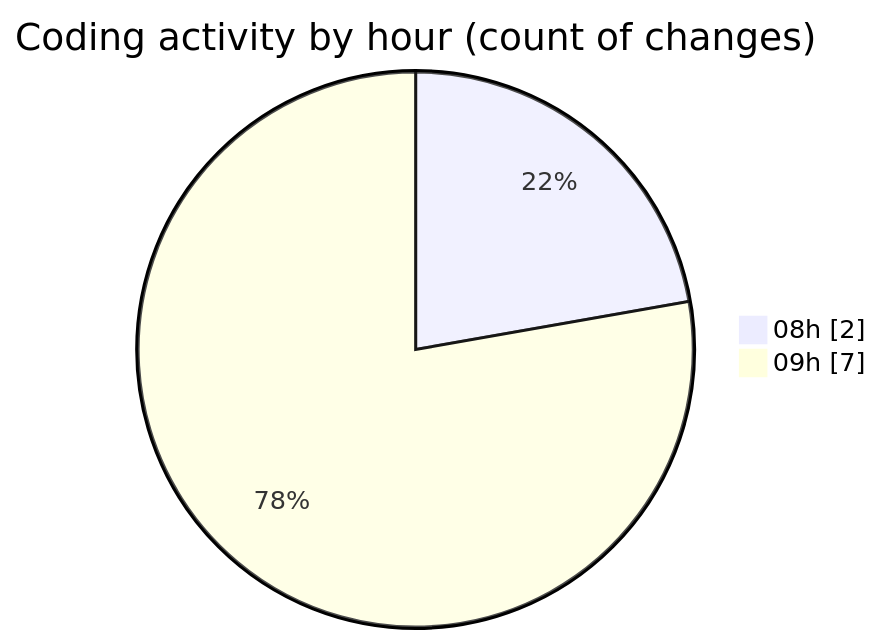
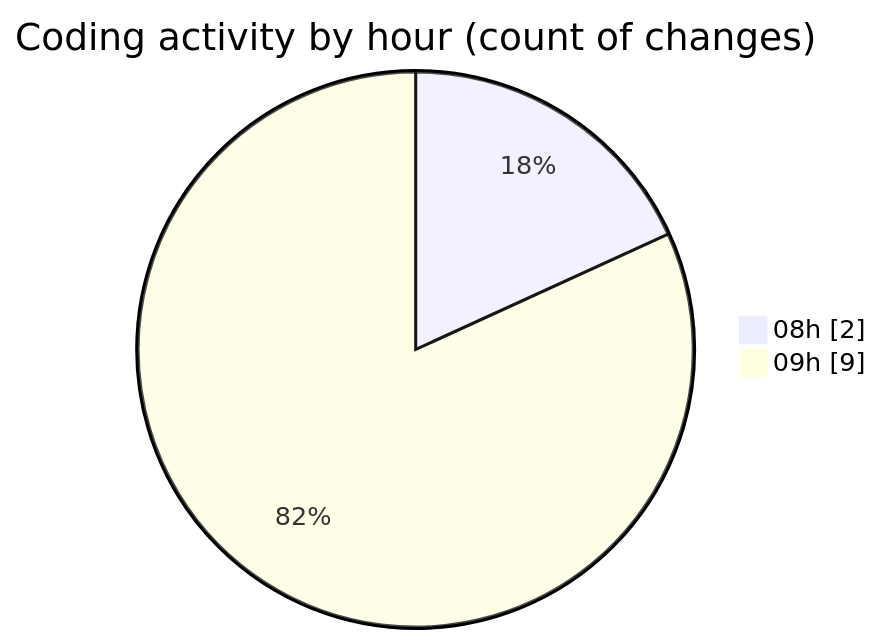
The second of 2 diagrams in 2025-03-26/kml/README.md (LanceThiago/code-tracking), drawn with Mermaid before and after one commit. The commit also changed other lines of this file and 1 other file, not shown here.

````diff
--- a/2025-03-26/kml/README.md
+++ b/2025-03-26/kml/README.md
@@ -28,6 +28,6 @@
 ```mermaid
 pie showData
 title Coding activity by hour (count of changes)
 "08h" : 2
-"09h" : 7
+"09h" : 9
 ```
````
